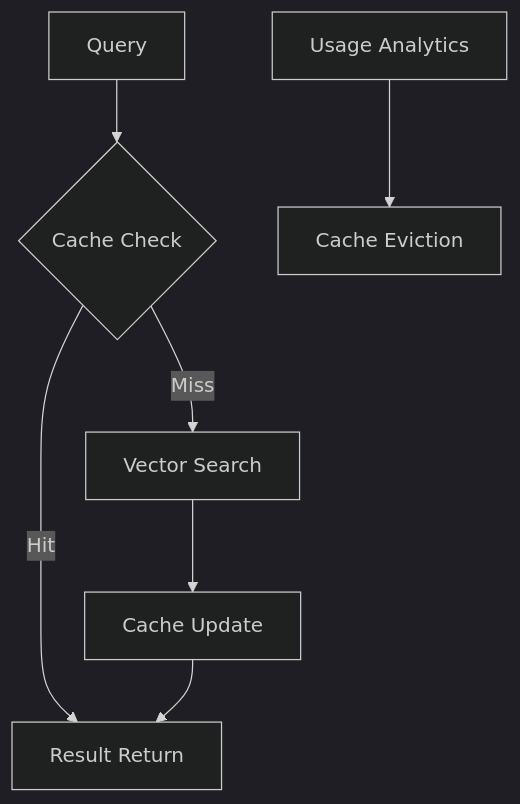
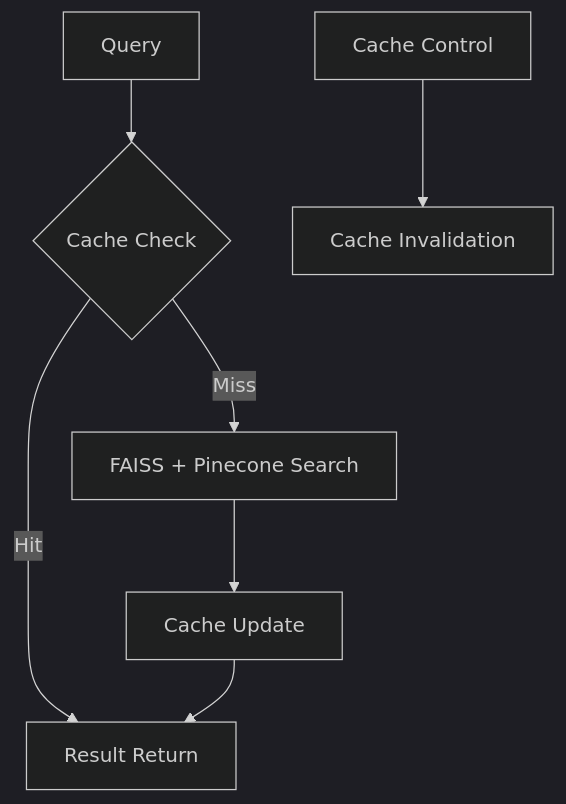
One commit to felipepimentel/plexure-api-search changed the third of 4 diagrams in README.md. Above: the diagram before and after it, drawn with Mermaid (dark theme). The commit also changed other lines of this file, not shown here.

````diff
--- a/README.md
+++ b/README.md
@@ -51,9 +53,9 @@
 ```mermaid
 graph TD
     A[Query] --> B{Cache Check}
     B -->|Hit| C[Result Return]
-    B -->|Miss| D[Vector Search]
+    B -->|Miss| D[FAISS + Pinecone Search]
     D --> E[Cache Update]
     E --> C
-    F[Usage Analytics] --> G[Cache Eviction]
+    F[Cache Control] --> G[Cache Invalidation]
 ```
````
